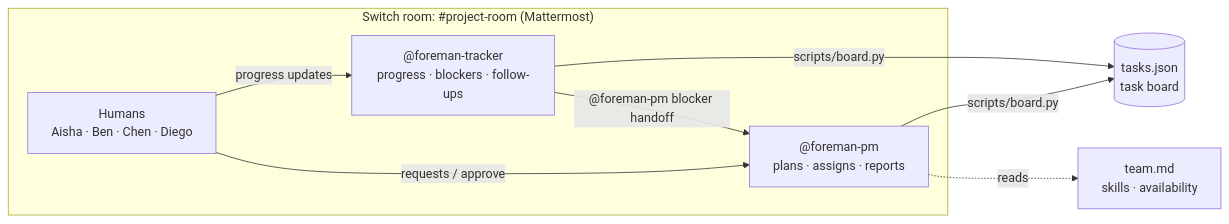
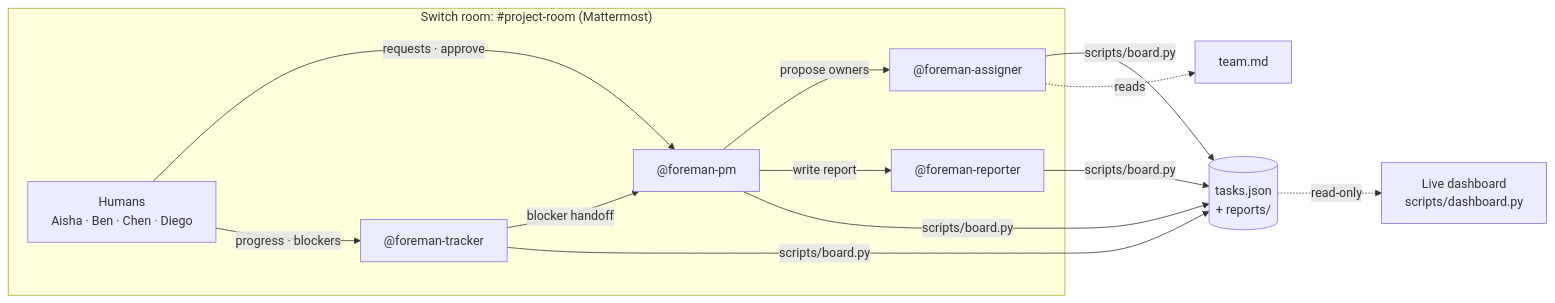
The diagram in README.md (akshith-07/foreman-ai-pm), drawn with Mermaid before and after one commit. The commit also changed other lines of this file and 10 other files, not shown here.

First line of the commit message:
Add live dashboard, assigner and reporter agents, release health and reports

````diff
--- a/README.md
+++ b/README.md
@@ -44,14 +58,18 @@
 ```mermaid
 flowchart LR
-  subgraph Mattermost["Switch room: #project-room (Mattermost)"]
+  subgraph Room["Switch room: #project-room (Mattermost)"]
     H["Humans<br/>Aisha · Ben · Chen · Diego"]
-    PM["@foreman-pm<br/>plans · assigns · reports"]
-    TR["@foreman-tracker<br/>progress · blockers · follow-ups"]
+    PM["@foreman-pm"]
+    AS["@foreman-assigner"]
+    TR["@foreman-tracker"]
+    RP["@foreman-reporter"]
   end
-  H -- "requests / approve" --> PM
-  H -- "progress updates" --> TR
-  TR -- "@foreman-pm blocker handoff" --> PM
-  PM -- "scripts/board.py" --> B[("tasks.json<br/>task board")]
-  TR -- "scripts/board.py" --> B
-  PM -. reads .-> T["team.md<br/>skills · availability"]
+  H -- "requests · approve" --> PM
+  H -- "progress · blockers" --> TR
+  PM -- "propose owners" --> AS
+  TR -- "blocker handoff" --> PM
+  PM -- "write report" --> RP
+  PM & AS & TR & RP -- "scripts/board.py" --> B[("tasks.json<br/>+ reports/")]
+  B -. "read-only" .-> D["Live dashboard<br/>scripts/dashboard.py"]
+  AS -. reads .-> T["team.md"]
 ```
````
